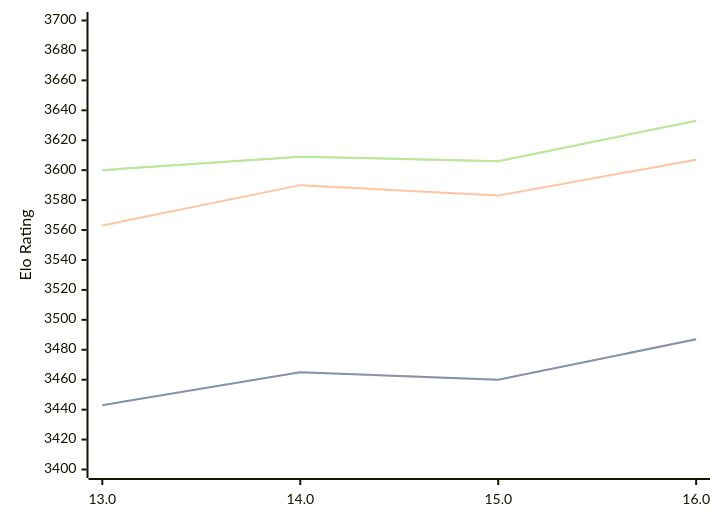
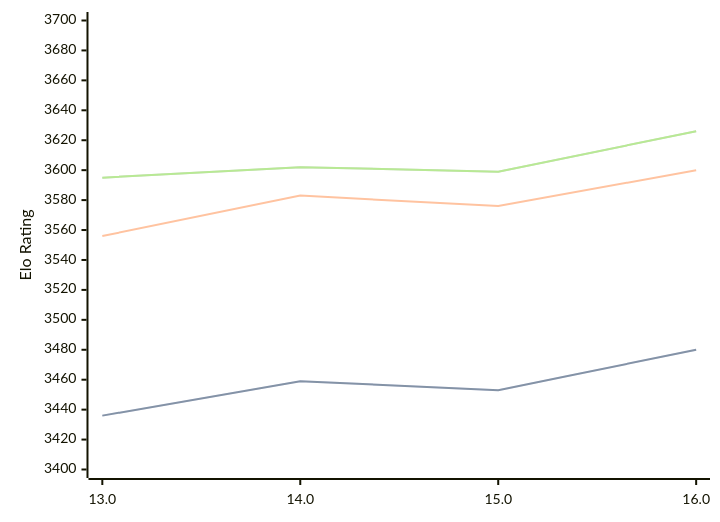
The diagram in engines/Obsidian.md (computer-chess-index/cci), drawn with Mermaid before and after one commit. The commit also changed other lines of this file, not shown here.

Commit message:
Update CCI Ratings (ELO VLTC) - 2026-05-18

````diff
--- a/engines/Obsidian.md
+++ b/engines/Obsidian.md
@@ -43,11 +43,11 @@
 ```mermaid
 %%{init: {"theme":"base","themeVariables":{"seriesColors:['#a3a3a3','#222221','#faa371']}}}%%
 xychart-beta
   x-axis ["13.0", "14.0", "15.0", "16.0"]
   y-axis "Elo Rating" 3400 --> 3700
-  line "STC (8.0+0.08s)" [3443, 3465, 3460, 3487]
-  line "STC (8.0+0.08s)" [3443, 3465, 3460, 3487]
-  line "LTC (60.0+0.60s)" [3563, 3590, 3583, 3607]
-  line "VLTC (2m24s+1.12s)" [3600, 3609, 3606, 3633]
-  line "VLTC (2m24s+1.12s)" [3600, 3609, 3606, 3633]
+  line "STC (8.0+0.08s)" [3436, 3459, 3453, 3480]
+  line "STC (8.0+0.08s)" [3436, 3459, 3453, 3480]
+  line "LTC (60.0+0.60s)" [3556, 3583, 3576, 3600]
+  line "VLTC (2m24s+1.12s)" [3595, 3602, 3599, 3626]
+  line "VLTC (2m24s+1.12s)" [3595, 3602, 3599, 3626]
 ```
````
